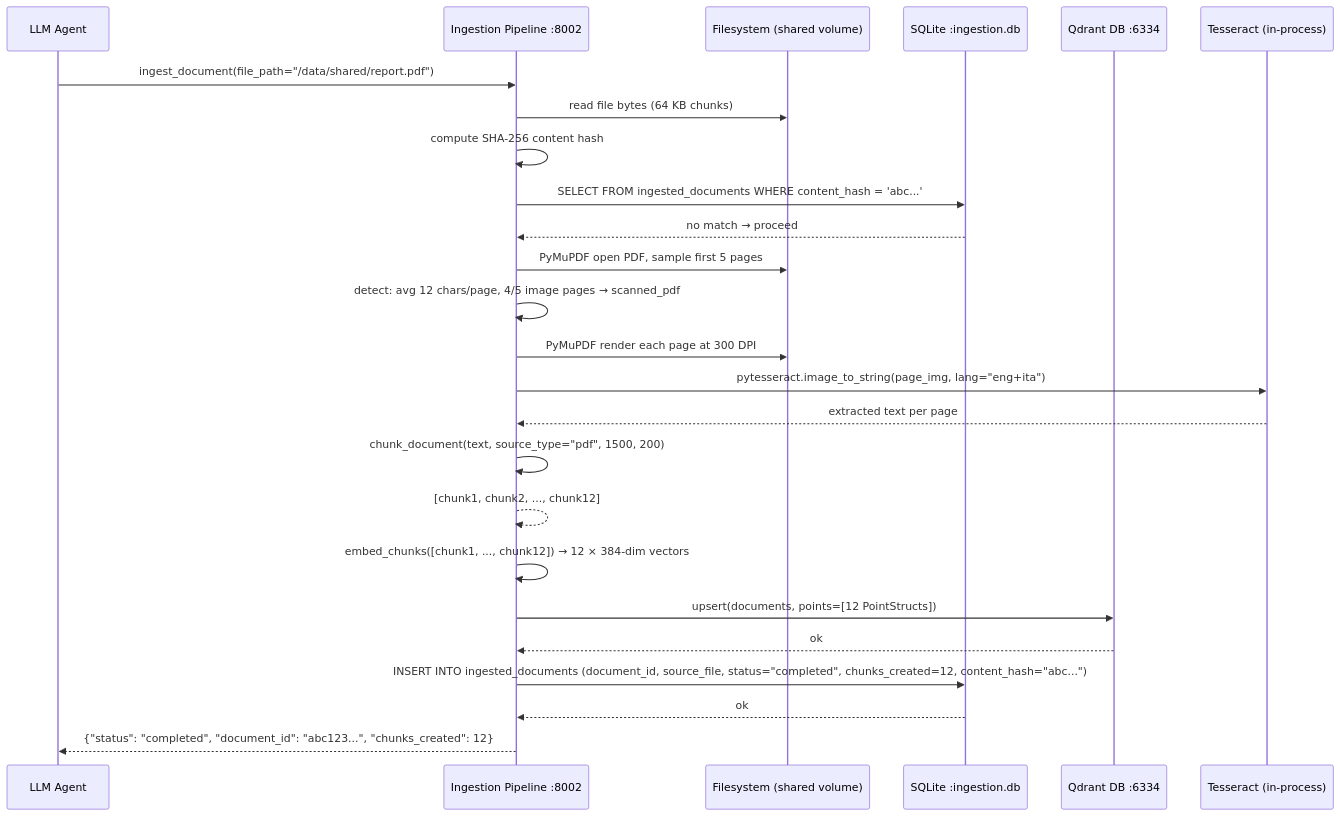
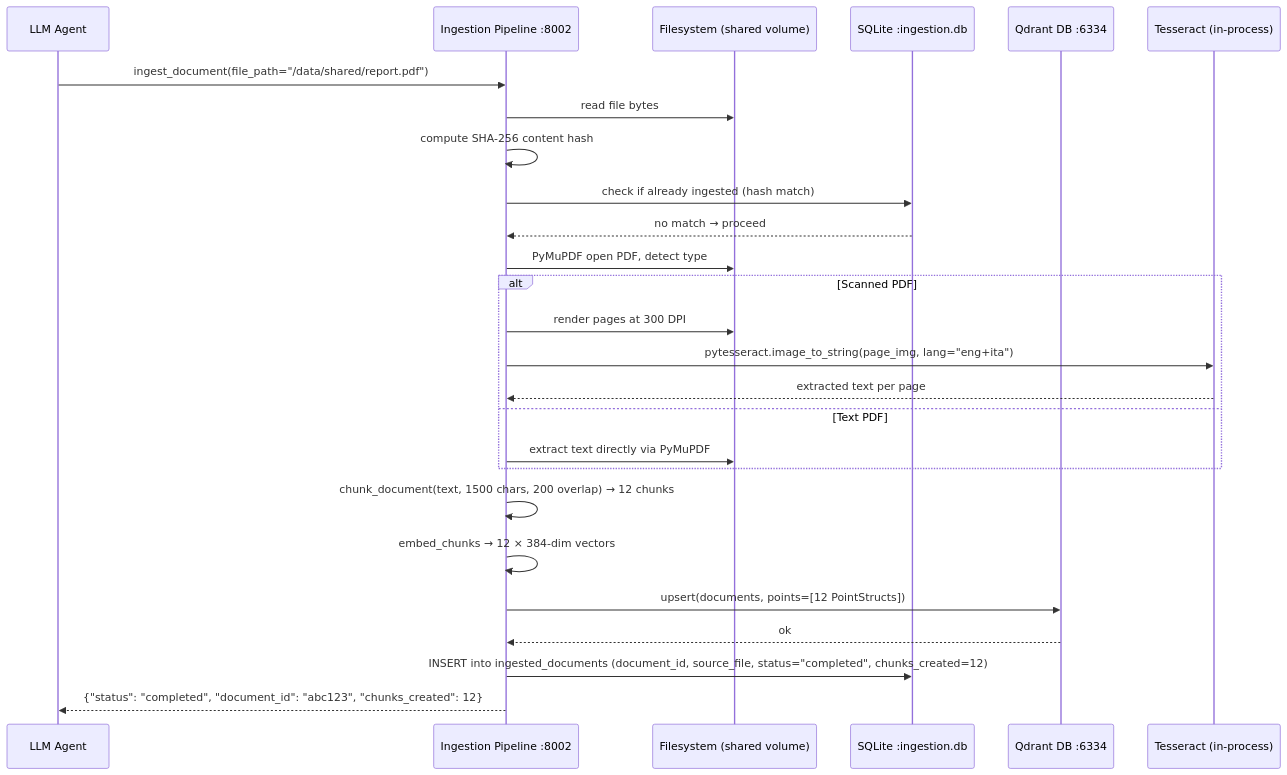
Before and after one commit to Michelangelo-Pinto/pinto-llm-wiki: the second of 4 diagrams in doc_v4/architecture/data-flow.md, drawn with Mermaid. The commit also changed other lines of this file and 34 other files, not shown here.

````diff
--- a/doc_v4/architecture/data-flow.md
+++ b/doc_v4/architecture/data-flow.md
@@ -184,37 +31,31 @@
 ```mermaid
 sequenceDiagram
     participant Agent as LLM Agent
     participant IMCP as Ingestion Pipeline :8002
     participant FS as Filesystem (shared volume)
     participant SQLite as SQLite :ingestion.db
     participant Qdrant as Qdrant DB :6334
     participant Tess as Tesseract (in-process)
 
     Agent->>IMCP: ingest_document(file_path="/data/shared/report.pdf")
-
-    IMCP->>FS: read file bytes (64 KB chunks)
+    IMCP->>FS: read file bytes
     IMCP->>IMCP: compute SHA-256 content hash
-
-    IMCP->>SQLite: SELECT FROM ingested_documents WHERE content_hash = 'abc...'
+    IMCP->>SQLite: check if already ingested (hash match)
     SQLite-->>IMCP: no match → proceed
 
-    IMCP->>FS: PyMuPDF open PDF, sample first 5 pages
-    IMCP->>IMCP: detect: avg 12 chars/page, 4/5 image pages → scanned_pdf
+    IMCP->>FS: PyMuPDF open PDF, detect type
+    alt Scanned PDF
+        IMCP->>FS: render pages at 300 DPI
+        IMCP->>Tess: pytesseract.image_to_string(page_img, lang="eng+ita")
+        Tess-->>IMCP: extracted text per page
+    else Text PDF
+        IMCP->>FS: extract text directly via PyMuPDF
+    end
 
-    IMCP->>FS: PyMuPDF render each page at 300 DPI
-    IMCP->>Tess: pytesseract.image_to_string(page_img, lang="eng+ita")
-    Tess-->>IMCP: extracted text per page
-
-    IMCP->>IMCP: chunk_document(text, source_type="pdf", 1500, 200)
-    IMCP-->>IMCP: [chunk1, chunk2, ..., chunk12]
-
-    IMCP->>IMCP: embed_chunks([chunk1, ..., chunk12]) → 12 × 384-dim vectors
-
+    IMCP->>IMCP: chunk_document(text, 1500 chars, 200 overlap) → 12 chunks
+    IMCP->>IMCP: embed_chunks → 12 × 384-dim vectors
     IMCP->>Qdrant: upsert(documents, points=[12 PointStructs])
     Qdrant-->>IMCP: ok
-
-    IMCP->>SQLite: INSERT INTO ingested_documents (document_id, source_file, status="completed", chunks_created=12, content_hash="abc...")
-    SQLite-->>IMCP: ok
-
-    IMCP-->>Agent: {"status": "completed", "document_id": "abc123...", "chunks_created": 12}
+    IMCP->>SQLite: INSERT into ingested_documents (document_id, source_file, status="completed", chunks_created=12)
+    IMCP-->>Agent: {"status": "completed", "document_id": "abc123", "chunks_created": 12}
 ```
````
